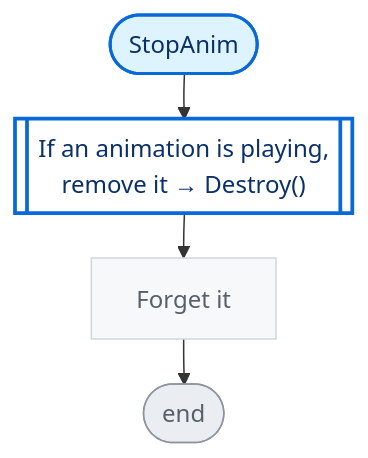
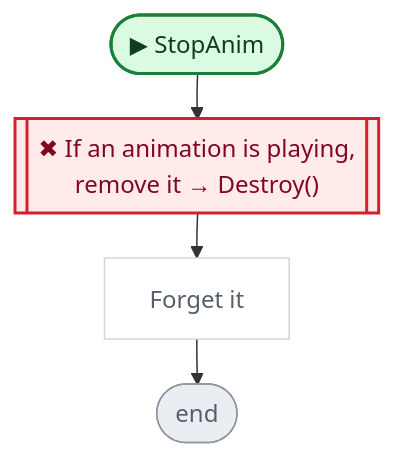
Before and after one commit to nataiai/Lord-of-the-Dungeon: the fourth of 15 diagrams in CodeGraph~/graph/Player.cs.md, drawn with Mermaid. The commit also changed other lines of this file and 44 other files, not shown here.

````diff
--- a/CodeGraph~/graph/Player.cs.md
+++ b/CodeGraph~/graph/Player.cs.md
@@ -189,31 +196,35 @@
 ```mermaid
 ---
 config:
   flowchart:
     wrappingWidth: 260
     nodeSpacing: 26
     rankSpacing: 30
 ---
 flowchart TD
-  nS(["StopAnim"])
-  n4c712a[["If an animation is playing,<br>remove it → Destroy()"]]
+  nS(["▶ StopAnim"])
+  n4c712a[["✖ If an animation is playing,<br>remove it → Destroy()"]]
   naa5f85["Forget it"]
   nE(["end"])
   nS --> n4c712a
   n4c712a --> naa5f85
   naa5f85 --> nE
-  classDef unity fill:#fff1c2,stroke:#9a6700,stroke-width:2px,color:#3b2300
-  classDef start fill:#ddf4ff,stroke:#0969da,stroke-width:2px,color:#0a3069
-  classDef calc fill:#f6f8fa,stroke:#d0d7de,color:#57606a
-  classDef calls fill:#ffffff,stroke:#0969da,stroke-width:2.5px,color:#0a3069
-  classDef cond fill:#ffffff,stroke:#6e7781,stroke-width:1.5px,color:#1f2328
-  classDef loop fill:#fbefff,stroke:#8250df,color:#3e1f79
-  classDef exit fill:#eaeef2,stroke:#57606a,color:#24292f
-  classDef wait fill:#fff8f0,stroke:#bc4c00,color:#4d1d00
+  classDef unity fill:#dafbe1,stroke:#1a7f37,stroke-width:2px,color:#0f3d1d
+  classDef start fill:#dafbe1,stroke:#1a7f37,stroke-width:2px,color:#0f3d1d
+  classDef calc fill:#ffffff,stroke:#d0d7de,color:#57606a
+  classDef calls fill:#ddf4ff,stroke:#0969da,stroke-width:2px,color:#0a3069
+  classDef ext fill:#ddf4ff,stroke:#0969da,stroke-width:2px,stroke-dasharray:5 3,color:#0a3069
+  classDef cond fill:#fff8c5,stroke:#bf8700,stroke-width:1.5px,color:#3d2a00
+  classDef loop fill:#f6f8fa,stroke:#57606a,color:#1f2328
+  classDef exit fill:#ffebe9,stroke:#cf222e,color:#82071e
+  classDef kill fill:#ffebe9,stroke:#cf222e,stroke-width:2px,color:#82071e
+  classDef spawn fill:#dafbe1,stroke:#1a7f37,stroke-width:2px,color:#0f3d1d
+  classDef wait fill:#fff1e5,stroke:#bc4c00,color:#4d1d00
   classDef fin fill:#eaeef2,stroke:#8c959f,color:#57606a
   classDef join fill:#d0d7de,stroke:#8c959f,color:#57606a
+  classDef ghdr fill:#f5f9ff,stroke:#f5f9ff,color:#0a3069,font-weight:bold
   class naa5f85 calc
-  class n4c712a calls
   class nE fin
+  class n4c712a kill
   class nS start
 ```
````
